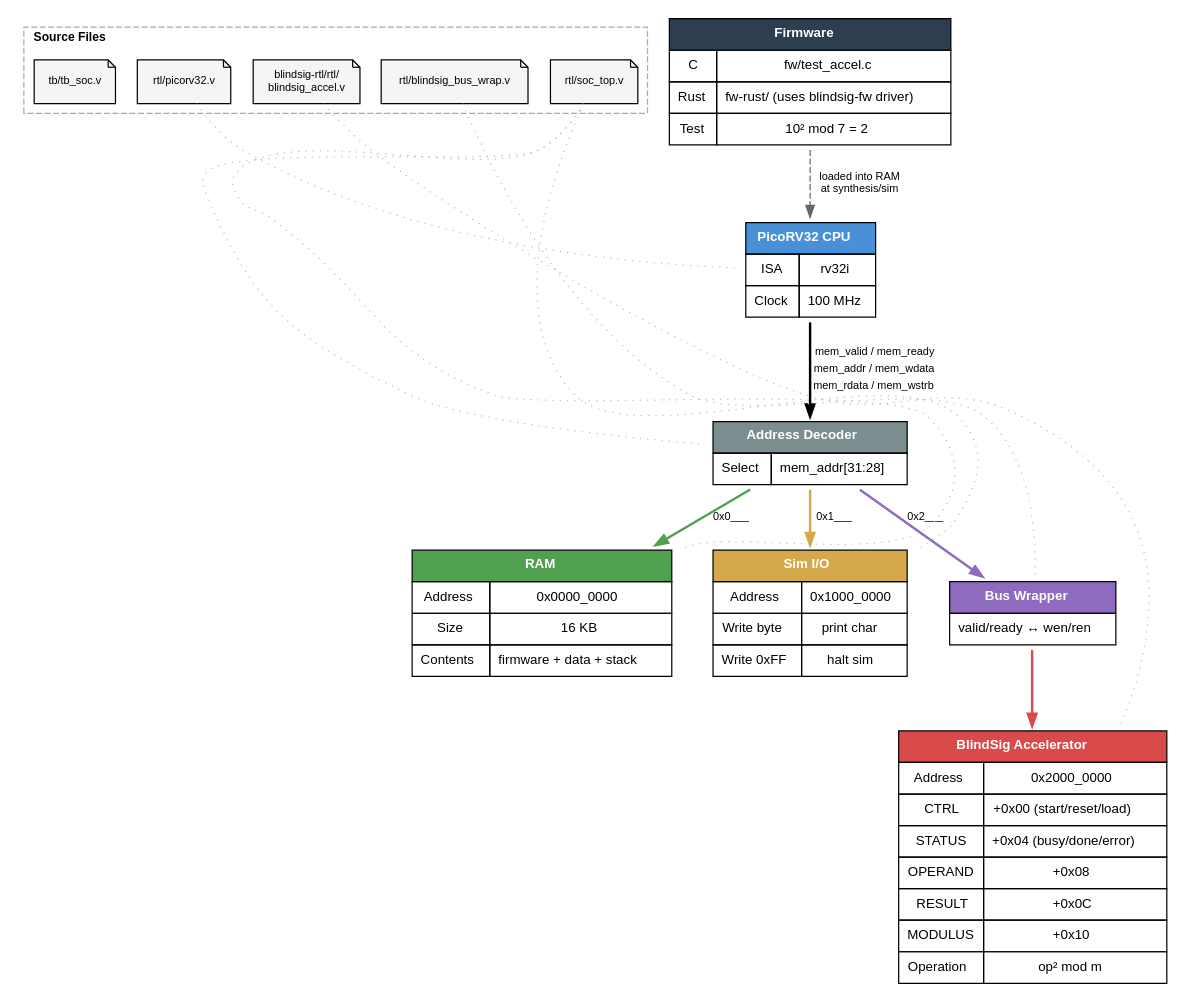
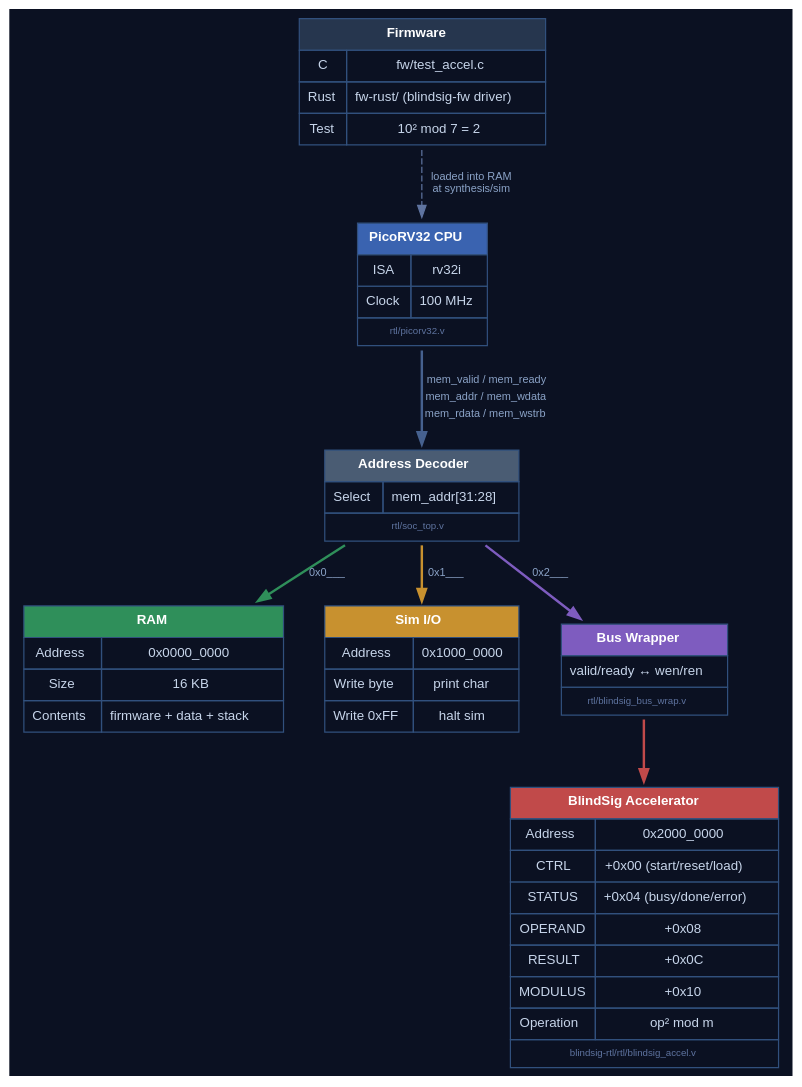
One commit to cong-or/blindsig-accel changed the diagram in blindsig-soc/doc/soc_arch.dot. Above: the diagram before and after it, drawn with Graphviz. The commit also changed 5 other files, not shown here.

First line of the commit message:
Restyle diagrams to the blueprint theme; untangle soc_arch

```diff
--- a/blindsig-soc/doc/soc_arch.dot
+++ b/blindsig-soc/doc/soc_arch.dot
@@ -1,145 +1,92 @@
-// blindsig-soc architecture diagram
+// blindsig-soc architecture diagram (blueprint theme)
 // Generate: dot -Tsvg soc_arch.dot -o soc_arch.svg
+//           dot -Tpng -Gdpi=140 soc_arch.dot -o soc_arch.png
 
 digraph soc {
     rankdir=TB;
-    bgcolor="white";
+    bgcolor="#0b1122";
     fontname="Helvetica";
-    node [fontname="Helvetica", fontsize=11];
-    edge [fontname="Helvetica", fontsize=9];
+    node [fontname="Helvetica", fontsize=11, fontcolor="#c7d5ea", shape=plaintext];
+    edge [fontname="Helvetica", fontsize=9, color="#46618f", fontcolor="#8ba3c7"];
+
+    // ── Firmware ──
+    fw [label=<
+        <TABLE BORDER="0" CELLBORDER="1" CELLSPACING="0" CELLPADDING="6" COLOR="#31507d">
+            <TR><TD BGCOLOR="#26364e" COLSPAN="2"><FONT COLOR="#ffffff"><B>Firmware</B></FONT></TD></TR>
+            <TR><TD>C</TD><TD>fw/test_accel.c</TD></TR>
+            <TR><TD>Rust</TD><TD>fw-rust/ (blindsig-fw driver)</TD></TR>
+            <TR><TD>Test</TD><TD>10² mod 7 = 2</TD></TR>
+        </TABLE>>];
 
     // ── CPU ──
-    cpu [
-        label=<
-            <TABLE BORDER="0" CELLBORDER="1" CELLSPACING="0" CELLPADDING="6">
-                <TR><TD BGCOLOR="#4a90d9" COLSPAN="2"><FONT COLOR="white"><B>PicoRV32 CPU</B></FONT></TD></TR>
-                <TR><TD>ISA</TD><TD>rv32i</TD></TR>
-                <TR><TD>Clock</TD><TD>100 MHz</TD></TR>
-            </TABLE>
-        >,
-        shape=plaintext
-    ];
+    cpu [label=<
+        <TABLE BORDER="0" CELLBORDER="1" CELLSPACING="0" CELLPADDING="6" COLOR="#31507d">
+            <TR><TD BGCOLOR="#3a63b0" COLSPAN="2"><FONT COLOR="#ffffff"><B>PicoRV32 CPU</B></FONT></TD></TR>
+            <TR><TD>ISA</TD><TD>rv32i</TD></TR>
+            <TR><TD>Clock</TD><TD>100 MHz</TD></TR>
+            <TR><TD COLSPAN="2"><FONT COLOR="#5f74a0" POINT-SIZE="8">rtl/picorv32.v</FONT></TD></TR>
+        </TABLE>>];
 
-    // ── Bus ──
-    bus [
-        label=<
-            <TABLE BORDER="0" CELLBORDER="1" CELLSPACING="0" CELLPADDING="6">
-                <TR><TD BGCOLOR="#7b8d8e" COLSPAN="2"><FONT COLOR="white"><B>Address Decoder</B></FONT></TD></TR>
-                <TR><TD>Select</TD><TD>mem_addr[31:28]</TD></TR>
-            </TABLE>
-        >,
-        shape=plaintext
-    ];
+    // ── Address Decoder ──
+    bus [label=<
+        <TABLE BORDER="0" CELLBORDER="1" CELLSPACING="0" CELLPADDING="6" COLOR="#31507d">
+            <TR><TD BGCOLOR="#4a5c73" COLSPAN="2"><FONT COLOR="#ffffff"><B>Address Decoder</B></FONT></TD></TR>
+            <TR><TD>Select</TD><TD>mem_addr[31:28]</TD></TR>
+            <TR><TD COLSPAN="2"><FONT COLOR="#5f74a0" POINT-SIZE="8">rtl/soc_top.v</FONT></TD></TR>
+        </TABLE>>];
 
     // ── RAM ──
-    ram [
-        label=<
-            <TABLE BORDER="0" CELLBORDER="1" CELLSPACING="0" CELLPADDING="6">
-                <TR><TD BGCOLOR="#50a050" COLSPAN="2"><FONT COLOR="white"><B>RAM</B></FONT></TD></TR>
-                <TR><TD>Address</TD><TD>0x0000_0000</TD></TR>
-                <TR><TD>Size</TD><TD>16 KB</TD></TR>
-                <TR><TD>Contents</TD><TD>firmware + data + stack</TD></TR>
-            </TABLE>
-        >,
-        shape=plaintext
-    ];
+    ram [label=<
+        <TABLE BORDER="0" CELLBORDER="1" CELLSPACING="0" CELLPADDING="6" COLOR="#31507d">
+            <TR><TD BGCOLOR="#2f8f5a" COLSPAN="2"><FONT COLOR="#ffffff"><B>RAM</B></FONT></TD></TR>
+            <TR><TD>Address</TD><TD>0x0000_0000</TD></TR>
+            <TR><TD>Size</TD><TD>16 KB</TD></TR>
+            <TR><TD>Contents</TD><TD>firmware + data + stack</TD></TR>
+        </TABLE>>];
 
     // ── Sim I/O ──
-    simio [
-        label=<
-            <TABLE BORDER="0" CELLBORDER="1" CELLSPACING="0" CELLPADDING="6">
-                <TR><TD BGCOLOR="#d4a84b" COLSPAN="2"><FONT COLOR="white"><B>Sim I/O</B></FONT></TD></TR>
-                <TR><TD>Address</TD><TD>0x1000_0000</TD></TR>
-                <TR><TD>Write byte</TD><TD>print char</TD></TR>
-                <TR><TD>Write 0xFF</TD><TD>halt sim</TD></TR>
-            </TABLE>
-        >,
-        shape=plaintext
-    ];
+    simio [label=<
+        <TABLE BORDER="0" CELLBORDER="1" CELLSPACING="0" CELLPADDING="6" COLOR="#31507d">
+            <TR><TD BGCOLOR="#c8912f" COLSPAN="2"><FONT COLOR="#ffffff"><B>Sim I/O</B></FONT></TD></TR>
+            <TR><TD>Address</TD><TD>0x1000_0000</TD></TR>
+            <TR><TD>Write byte</TD><TD>print char</TD></TR>
+            <TR><TD>Write 0xFF</TD><TD>halt sim</TD></TR>
+        </TABLE>>];
 
     // ── Bus Wrapper ──
-    buswrap [
-        label=<
-            <TABLE BORDER="0" CELLBORDER="1" CELLSPACING="0" CELLPADDING="6">
-                <TR><TD BGCOLOR="#8e6bbf" COLSPAN="2"><FONT COLOR="white"><B>Bus Wrapper</B></FONT></TD></TR>
-                <TR><TD COLSPAN="2">valid/ready ↔ wen/ren</TD></TR>
-            </TABLE>
-        >,
-        shape=plaintext
-    ];
+    buswrap [label=<
+        <TABLE BORDER="0" CELLBORDER="1" CELLSPACING="0" CELLPADDING="6" COLOR="#31507d">
+            <TR><TD BGCOLOR="#7e5cbf" COLSPAN="2"><FONT COLOR="#ffffff"><B>Bus Wrapper</B></FONT></TD></TR>
+            <TR><TD COLSPAN="2">valid/ready ↔ wen/ren</TD></TR>
+            <TR><TD COLSPAN="2"><FONT COLOR="#5f74a0" POINT-SIZE="8">rtl/blindsig_bus_wrap.v</FONT></TD></TR>
+        </TABLE>>];
 
     // ── Accelerator ──
-    accel [
-        label=<
-            <TABLE BORDER="0" CELLBORDER="1" CELLSPACING="0" CELLPADDING="6">
-                <TR><TD BGCOLOR="#d94a4a" COLSPAN="2"><FONT COLOR="white"><B>BlindSig Accelerator</B></FONT></TD></TR>
-                <TR><TD>Address</TD><TD>0x2000_0000</TD></TR>
-                <TR><TD>CTRL</TD><TD>+0x00 (start/reset/load)</TD></TR>
-                <TR><TD>STATUS</TD><TD>+0x04 (busy/done/error)</TD></TR>
-                <TR><TD>OPERAND</TD><TD>+0x08</TD></TR>
-                <TR><TD>RESULT</TD><TD>+0x0C</TD></TR>
-                <TR><TD>MODULUS</TD><TD>+0x10</TD></TR>
-                <TR><TD>Operation</TD><TD>op² mod m</TD></TR>
-            </TABLE>
-        >,
-        shape=plaintext
-    ];
+    accel [label=<
+        <TABLE BORDER="0" CELLBORDER="1" CELLSPACING="0" CELLPADDING="6" COLOR="#31507d">
+            <TR><TD BGCOLOR="#c14a4a" COLSPAN="2"><FONT COLOR="#ffffff"><B>BlindSig Accelerator</B></FONT></TD></TR>
+            <TR><TD>Address</TD><TD>0x2000_0000</TD></TR>
+            <TR><TD>CTRL</TD><TD>+0x00 (start/reset/load)</TD></TR>
+            <TR><TD>STATUS</TD><TD>+0x04 (busy/done/error)</TD></TR>
+            <TR><TD>OPERAND</TD><TD>+0x08</TD></TR>
+            <TR><TD>RESULT</TD><TD>+0x0C</TD></TR>
+            <TR><TD>MODULUS</TD><TD>+0x10</TD></TR>
+            <TR><TD>Operation</TD><TD>op² mod m</TD></TR>
+            <TR><TD COLSPAN="2"><FONT COLOR="#5f74a0" POINT-SIZE="8">blindsig-rtl/rtl/blindsig_accel.v</FONT></TD></TR>
+        </TABLE>>];
 
-    // ── Firmware ──
-    fw [
-        label=<
-            <TABLE BORDER="0" CELLBORDER="1" CELLSPACING="0" CELLPADDING="6">
-                <TR><TD BGCOLOR="#2c3e50" COLSPAN="2"><FONT COLOR="white"><B>Firmware</B></FONT></TD></TR>
-                <TR><TD>C</TD><TD>fw/test_accel.c</TD></TR>
-                <TR><TD>Rust</TD><TD>fw-rust/ (uses blindsig-fw driver)</TD></TR>
-                <TR><TD>Test</TD><TD>10² mod 7 = 2</TD></TR>
-            </TABLE>
-        >,
-        shape=plaintext
-    ];
+    // ── Dataflow ──
+    fw -> cpu [label="  loaded into RAM\n  at synthesis/sim", style=dashed, color="#5f74a0"];
 
-    // ── Edges ──
-    fw -> cpu [label="  loaded into RAM\n  at synthesis/sim", style=dashed, color="#666666"];
+    cpu -> bus [label=<
+        <TABLE BORDER="0" CELLSPACING="0" CELLPADDING="2">
+            <TR><TD><FONT COLOR="#8ba3c7">mem_valid / mem_ready</FONT></TD></TR>
+            <TR><TD><FONT COLOR="#8ba3c7">mem_addr / mem_wdata</FONT></TD></TR>
+            <TR><TD><FONT COLOR="#8ba3c7">mem_rdata / mem_wstrb</FONT></TD></TR>
+        </TABLE>>, penwidth=2];
 
-    cpu -> bus [
-        label=<
-            <TABLE BORDER="0" CELLSPACING="0" CELLPADDING="2">
-                <TR><TD>mem_valid / mem_ready</TD></TR>
-                <TR><TD>mem_addr / mem_wdata</TD></TR>
-                <TR><TD>mem_rdata / mem_wstrb</TD></TR>
-            </TABLE>
-        >,
-        penwidth=2
-    ];
-
-    bus -> ram    [label="  0x0___", penwidth=2, color="#50a050"];
-    bus -> simio  [label="  0x1___", penwidth=2, color="#d4a84b"];
-    bus -> buswrap [label="  0x2___", penwidth=2, color="#8e6bbf"];
-    buswrap -> accel [penwidth=2, color="#d94a4a"];
-
-    // ── Source files ──
-    subgraph cluster_files {
-        label=<<B>Source Files</B>>;
-        labeljust=l;
-        style=dashed;
-        color="#aaaaaa";
-        fontname="Helvetica";
-        fontsize=10;
-        node [shape=note, fontsize=9, style=filled, fillcolor="#f5f5f5"];
-
-        f_soc [label="rtl/soc_top.v"];
-        f_wrap [label="rtl/blindsig_bus_wrap.v"];
-        f_accel [label="blindsig-rtl/rtl/\nblindsig_accel.v"];
-        f_pico [label="rtl/picorv32.v"];
-        f_tb [label="tb/tb_soc.v"];
-    }
-
-    // Map files to blocks
-    edge [style=dotted, color="#bbbbbb", arrowhead=none, constraint=false];
-    f_pico -> cpu;
-    f_soc -> bus;
-    f_soc -> ram;
-    f_soc -> simio;
-    f_wrap -> buswrap;
-    f_accel -> accel;
+    bus -> ram     [label="  0x0___", penwidth=2, color="#2f8f5a"];
+    bus -> simio   [label="  0x1___", penwidth=2, color="#c8912f"];
+    bus -> buswrap [label="  0x2___", penwidth=2, color="#7e5cbf"];
+    buswrap -> accel [penwidth=2, color="#c14a4a"];
 }
```
